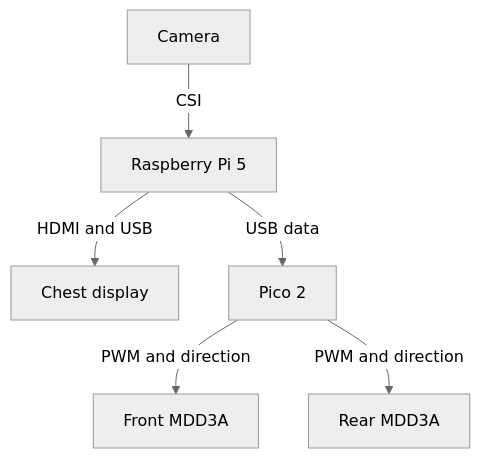
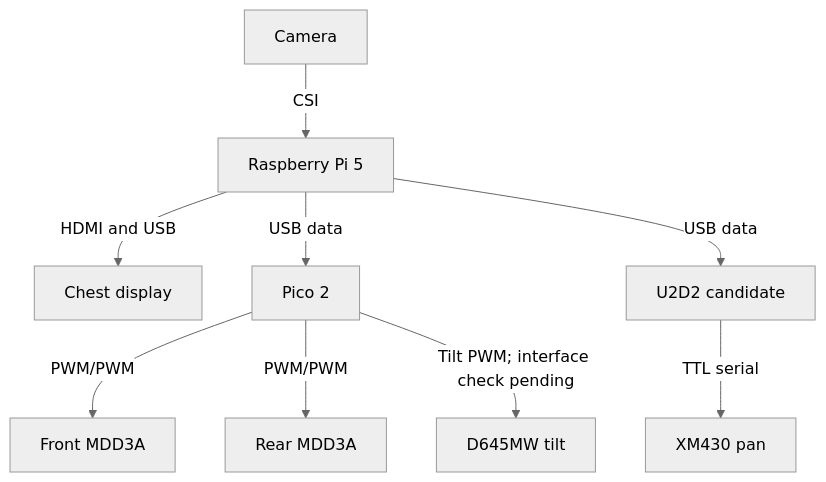
One commit to Umair-Coder124/RoverBuddy-X1-verified changed the second of 2 diagrams in README.md. Above: the diagram before and after it, drawn with Mermaid (neutral theme). The commit also changed other lines of this file and 3 other files, not shown here.

````diff
--- a/README.md
+++ b/README.md
@@ -42,8 +42,11 @@
 ```mermaid
 flowchart TD
   CAM["Camera"] -->|CSI| PI["Raspberry Pi 5"]
   PI -->|HDMI and USB| SCREEN["Chest display"]
   PI -->|USB data| PICO["Pico 2"]
-  PICO -->|PWM and direction| FD["Front MDD3A"]
-  PICO -->|PWM and direction| RD["Rear MDD3A"]
+  PICO -->|PWM/PWM| FD["Front MDD3A"]
+  PICO -->|PWM/PWM| RD["Rear MDD3A"]
+  PI -->|USB data| DXL["U2D2 candidate"]
+  DXL -->|TTL serial| PAN["XM430 pan"]
+  PICO -->|"Tilt PWM; interface check pending"| TILT["D645MW tilt"]
 ```
````
